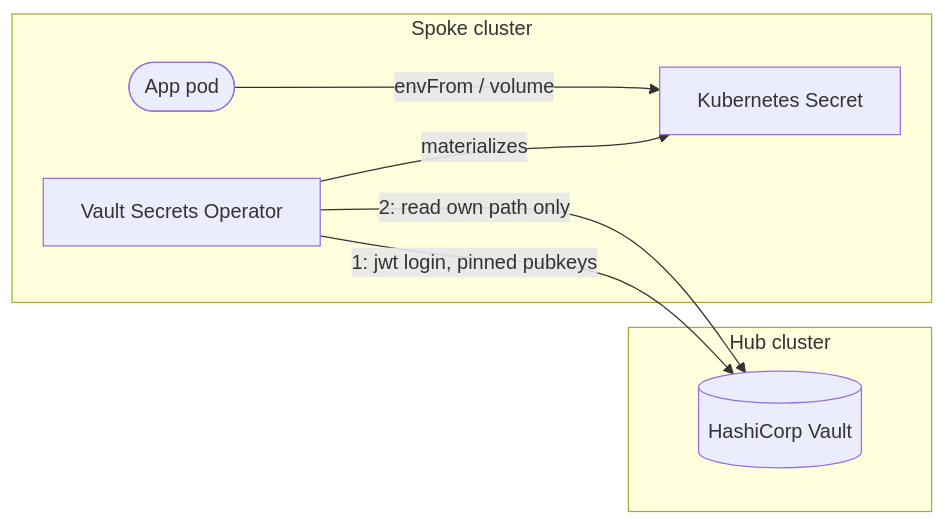
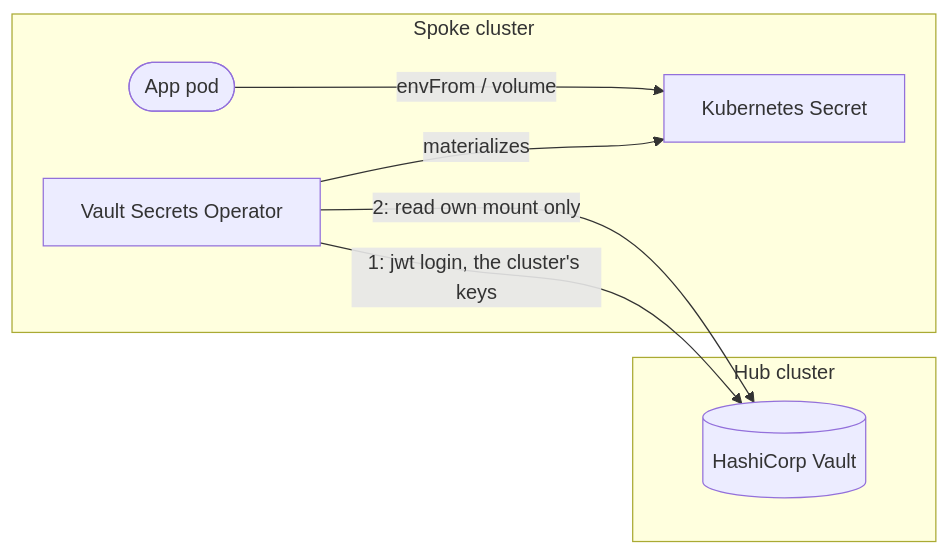
Before and after one commit to this-is-tobi/ohmlab: the fourth of 4 diagrams in docs/05-services.md, drawn with Mermaid. The commit also changed other lines of this file and 6 other files, not shown here.

````diff
--- a/docs/05-services.md
+++ b/docs/05-services.md
@@ -310,16 +310,16 @@
 ```mermaid
 flowchart LR
     subgraph hub[Hub cluster]
         vault[(HashiCorp Vault)]
     end
     subgraph spoke[Spoke cluster]
         vso[Vault Secrets Operator]
         secret[Kubernetes Secret]
         pod([App pod])
     end
 
-    vso -->|1: jwt login, pinned pubkeys| vault
-    vso -->|2: read own path only| vault
+    vso -->|1: jwt login, the cluster's keys| vault
+    vso -->|2: read own mount only| vault
     vso -->|materializes| secret
     pod -->|envFrom / volume| secret
 ```
````
